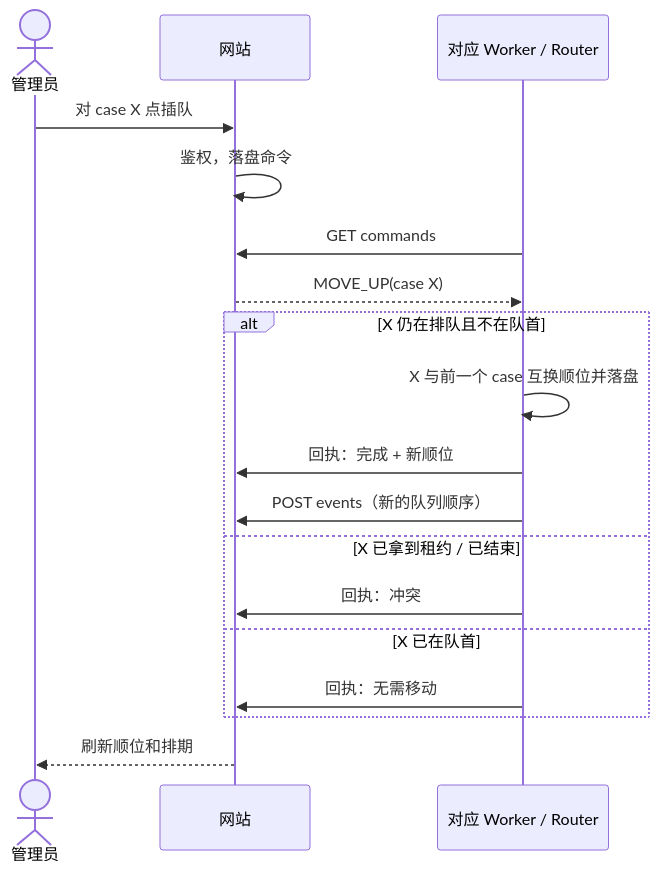
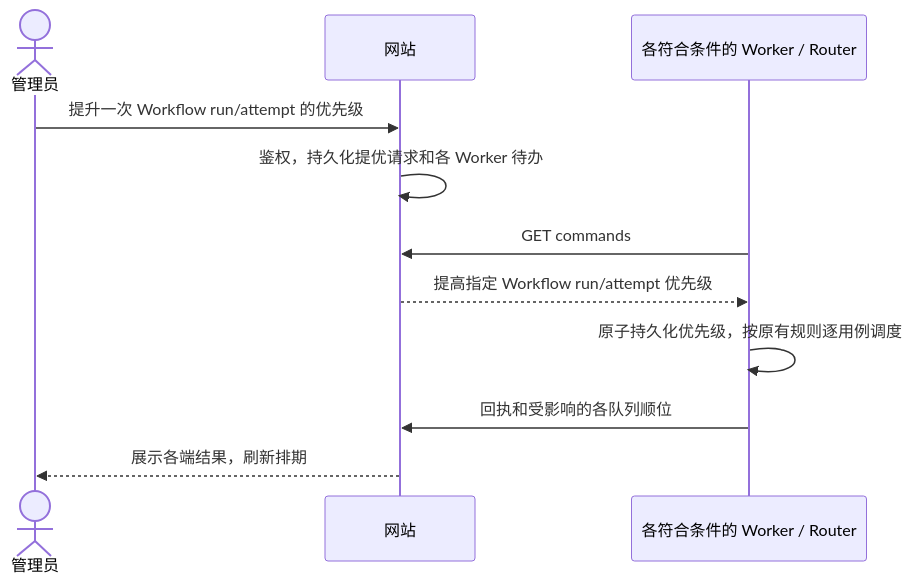
Before and after one commit to depeng1994/lite-actions: the sixth of 9 diagrams in control-center/docs/PRD.md, drawn with Mermaid. The commit also changed other lines of this file, not shown here.

Commit message:
docs(control-center): define unified Workflow view and priority

````diff
--- a/control-center/docs/PRD.md
+++ b/control-center/docs/PRD.md
@@ -239,20 +245,13 @@
 ```mermaid
 sequenceDiagram
     actor U as 管理员
     participant S as 网站
-    participant W as 对应 Worker / Router
-    U->>S: 对 case X 点插队
-    S->>S: 鉴权，落盘命令
+    participant W as 各符合条件的 Worker / Router
+    U->>S: 提升一次 Workflow run/attempt 的优先级
+    S->>S: 鉴权，持久化提优请求和各 Worker 待办
     W->>S: GET commands
-    S-->>W: MOVE_UP(case X)
-    alt X 仍在排队且不在队首
-        W->>W: X 与前一个 case 互换顺位并落盘
-        W->>S: 回执：完成 + 新顺位
-        W->>S: POST events（新的队列顺序）
-    else X 已拿到租约 / 已结束
-        W->>S: 回执：冲突
-    else X 已在队首
-        W->>S: 回执：无需移动
-    end
-    S-->>U: 刷新顺位和排期
+    S-->>W: 提高指定 Workflow run/attempt 优先级
+    W->>W: 原子持久化优先级，按原有规则逐用例调度
+    W->>S: 回执和受影响的各队列顺位
+    S-->>U: 展示各端结果，刷新排期
 ```
````
